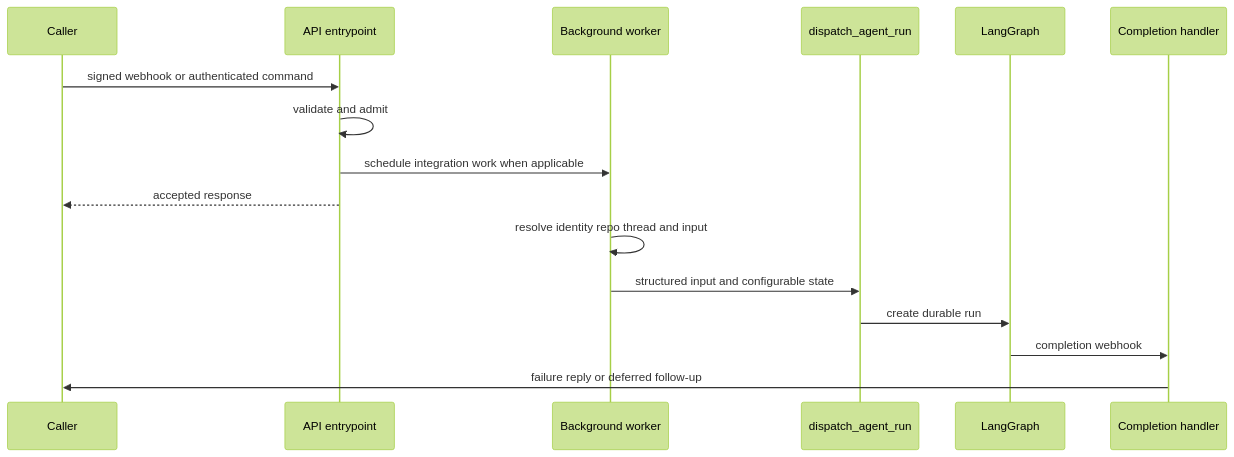
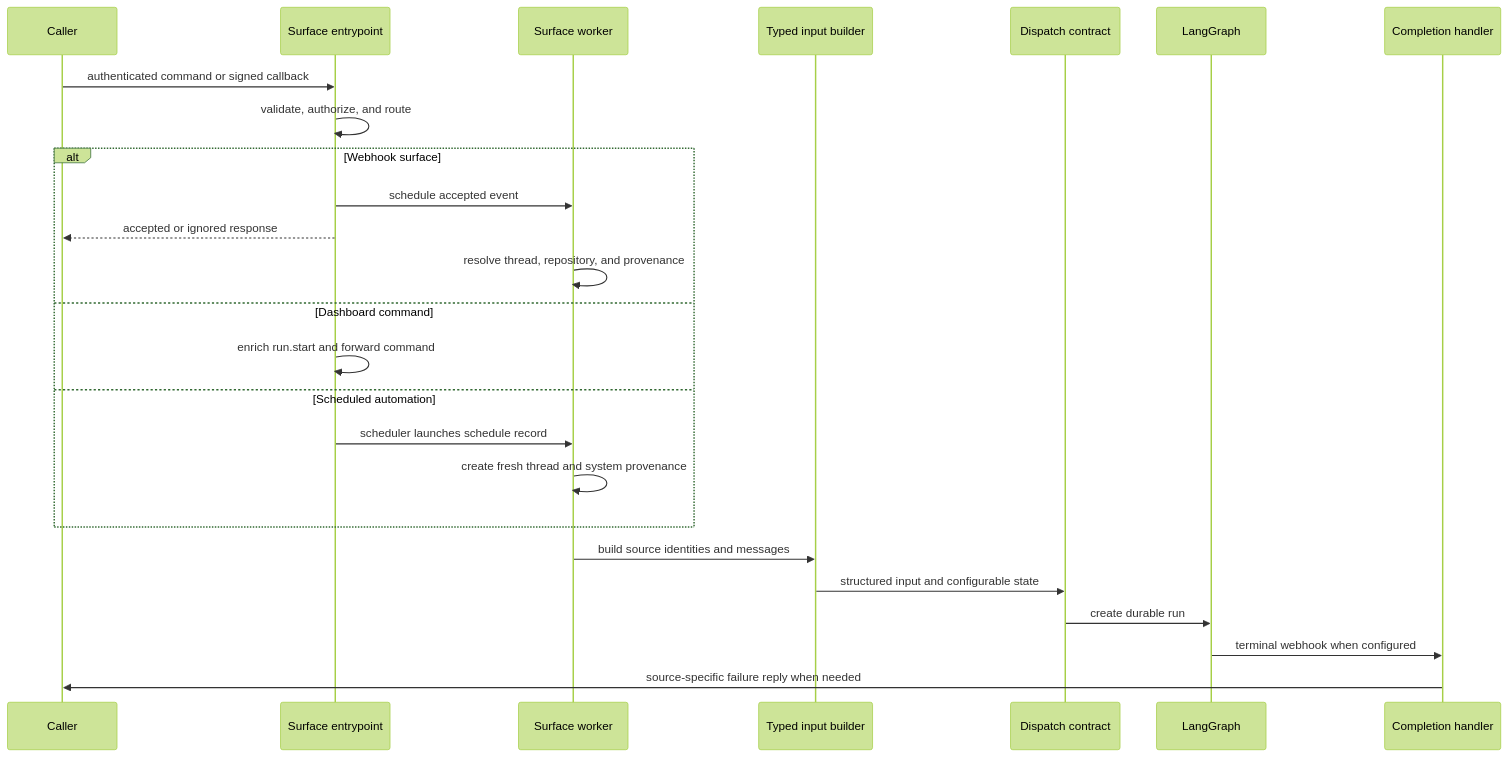
Before and after one commit to langchain-ai/open-swe: the diagram in openwiki/workflows/invocation.md, drawn with Mermaid (forest theme). The commit also changed other lines of this file and 51 other files, not shown here.

````diff
--- a/openwiki/workflows/invocation.md
+++ b/openwiki/workflows/invocation.md
@@ -51,19 +53,28 @@
 ```mermaid
 sequenceDiagram
     participant Caller
-    participant Entry as API entrypoint
-    participant Worker as Background worker
-    participant Dispatch as dispatch_agent_run
-    participant LG as LangGraph
-    participant Complete as Completion handler
+    participant Entry as Surface entrypoint
+    participant Worker as Surface worker
+    participant Input as Typed input builder
+    participant Dispatch as Dispatch contract
+    participant Graph as LangGraph
+    participant Finish as Completion handler
 
-    Caller->>Entry: signed webhook or authenticated command
-    Entry->>Entry: validate and admit
-    Entry->>Worker: schedule integration work when applicable
-    Entry-->>Caller: accepted response
-    Worker->>Worker: resolve identity repo thread and input
-    Worker->>Dispatch: structured input and configurable state
-    Dispatch->>LG: create durable run
-    LG->>Complete: completion webhook
-    Complete->>Caller: failure reply or deferred follow-up
+    Caller->>Entry: authenticated command or signed callback
+    Entry->>Entry: validate, authorize, and route
+    alt Webhook surface
+        Entry->>Worker: schedule accepted event
+        Entry-->>Caller: accepted or ignored response
+        Worker->>Worker: resolve thread, repository, and provenance
+    else Dashboard command
+        Entry->>Entry: enrich run.start and forward command
+    else Scheduled automation
+        Entry->>Worker: scheduler launches schedule record
+        Worker->>Worker: create fresh thread and system provenance
+    end
+    Worker->>Input: build source identities and messages
+    Input->>Dispatch: structured input and configurable state
+    Dispatch->>Graph: create durable run
+    Graph->>Finish: terminal webhook when configured
+    Finish->>Caller: source-specific failure reply when needed
 ```
````
